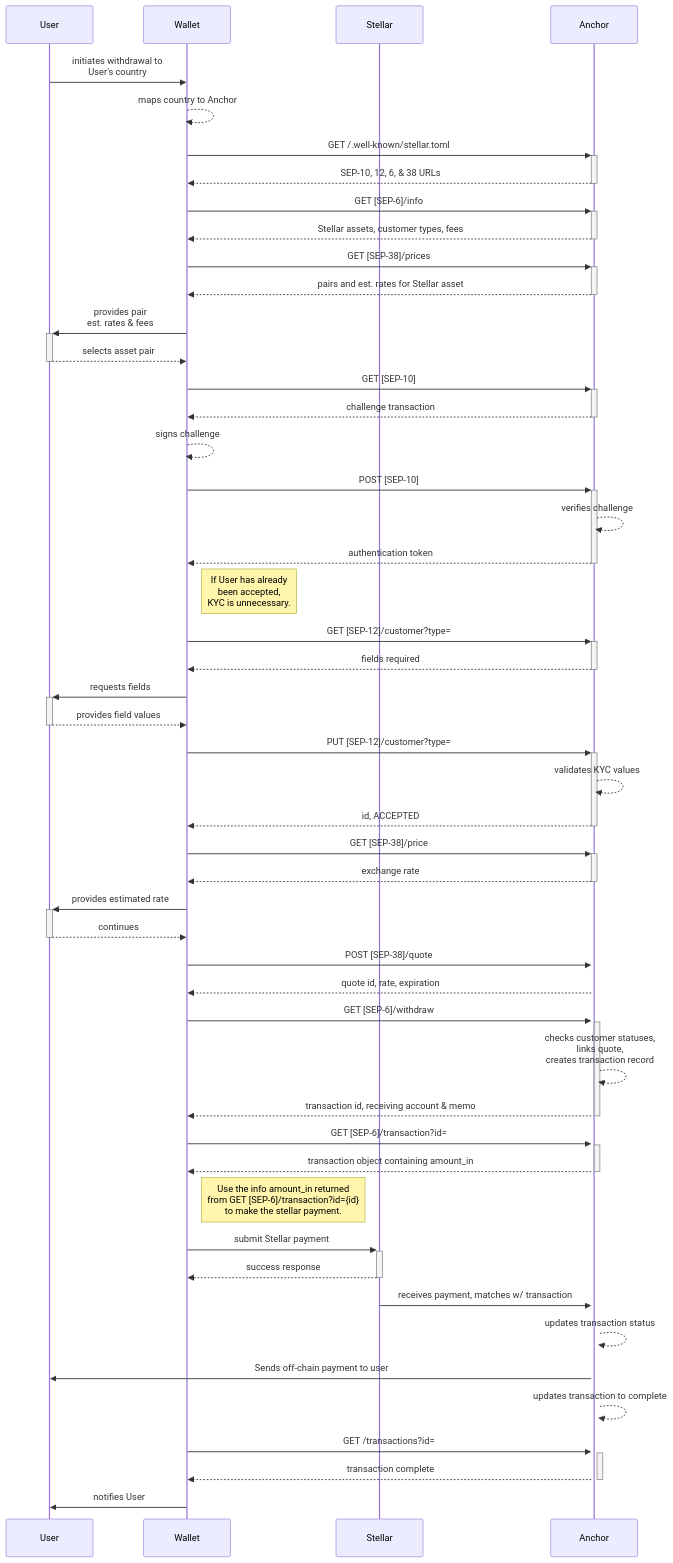
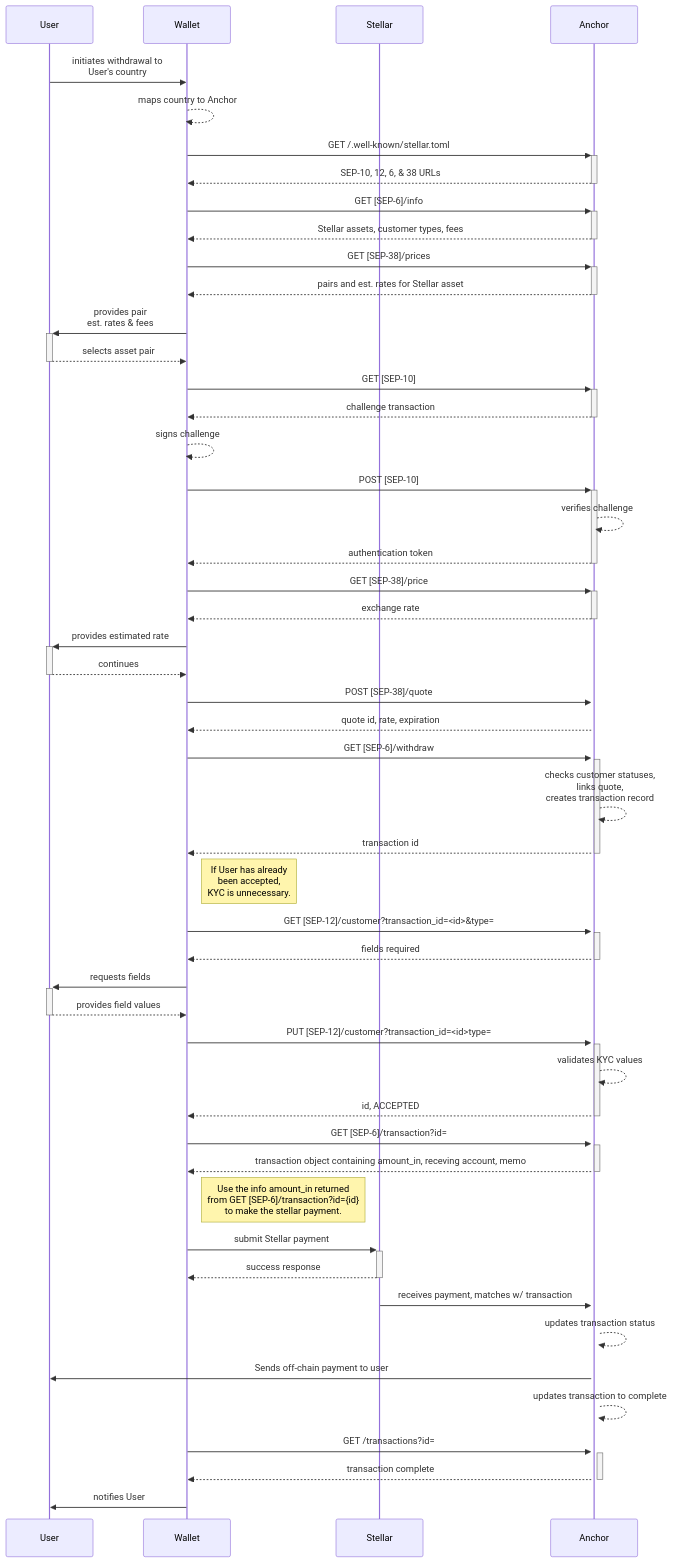
One commit to stellar/stellar-protocol changed the diagram in ecosystem/sep-0006.md. Above: the diagram before and after it, drawn with Mermaid. The commit also changed other lines of this file and 1 other file, not shown here.

Commit message:
Update SEP-6 flow to delegate getting KYC fields to SEP-12

````diff
--- a/ecosystem/sep-0006.md
+++ b/ecosystem/sep-0006.md
@@ -51,62 +51,61 @@
 ```mermaid
 sequenceDiagram
     participant User
     participant Wallet
     participant Stellar
     participant Anchor
     User->>Wallet: initiates withdrawal to <br> User's country
     Wallet-->>Wallet: maps country to Anchor
 
     Wallet->>+Anchor: GET /.well-known/stellar.toml
     Anchor-->>-Wallet: SEP-10, 12, 6, & 38 URLs
     Wallet->>+Anchor: GET [SEP-6]/info
     Anchor-->>-Wallet: Stellar assets, customer types, fees
     Wallet->>+Anchor: GET [SEP-38]/prices
     Anchor-->>-Wallet: pairs and est. rates for Stellar asset
 
     Wallet->>+User: provides pair <br> est. rates & fees
     User-->>-Wallet: selects asset pair
 
     Wallet->>+Anchor: GET [SEP-10]
     Anchor-->>-Wallet: challenge transaction
     Wallet-->>Wallet: signs challenge
     Wallet->>+Anchor: POST [SEP-10]
     Anchor-->>Anchor: verifies challenge
     Anchor-->>-Wallet: authentication token
 
-
-    note right of Wallet: If User has already <br> been accepted, <br> KYC is unnecessary.
-    Wallet->>+Anchor: GET [SEP-12]/customer?type=
-    Anchor-->>-Wallet: fields required
-    Wallet->>+User: requests fields
-    User-->>-Wallet: provides field values
-    Wallet->>+Anchor: PUT [SEP-12]/customer?type=
-    Anchor-->>Anchor: validates KYC values
-    Anchor-->>-Wallet: id, ACCEPTED
-
     Wallet->>+Anchor: GET [SEP-38]/price
     Anchor-->>-Wallet: exchange rate
     Wallet->>+User: provides estimated rate
     User-->>-Wallet: continues
     Wallet->>+Anchor: POST [SEP-38]/quote
     Anchor-->>Wallet: quote id, rate, expiration
 
     Wallet->>+Anchor: GET [SEP-6]/withdraw
     Anchor-->>Anchor: checks customer statuses, <br> links quote, <br> creates transaction record
-    Anchor-->>-Wallet: transaction id, receiving account & memo
+    Anchor-->>-Wallet: transaction id
+
+    note right of Wallet: If User has already <br> been accepted, <br> KYC is unnecessary.
+    Wallet->>+Anchor: GET [SEP-12]/customer?transaction_id=<id>&type=
+    Anchor-->>-Wallet: fields required
+    Wallet->>+User: requests fields
+    User-->>-Wallet: provides field values
+    Wallet->>+Anchor: PUT [SEP-12]/customer?transaction_id=<id>type=
+    Anchor-->>Anchor: validates KYC values
+    Anchor-->>-Wallet: id, ACCEPTED
 
     Wallet->>+Anchor: GET [SEP-6]/transaction?id=
-    Anchor-->>-Wallet: transaction object containing amount_in
+    Anchor-->>-Wallet: transaction object containing amount_in, receving account, memo
     note right of Wallet: Use the info amount_in returned <br> from GET [SEP-6]/transaction?id={id} <br> to make the stellar payment.
 
     Wallet->>+Stellar: submit Stellar payment
     Stellar-->>-Wallet: success response
     Stellar->>+Anchor: receives payment, matches w/ transaction
     Anchor-->>Anchor: updates transaction status
 
     Anchor->>User: Sends off-chain payment to user
     Anchor-->>Anchor: updates transaction to complete
     Wallet->>+Anchor: GET /transactions?id=
     Anchor-->>-Wallet: transaction complete
     Wallet->>User: notifies User
 ```
````
